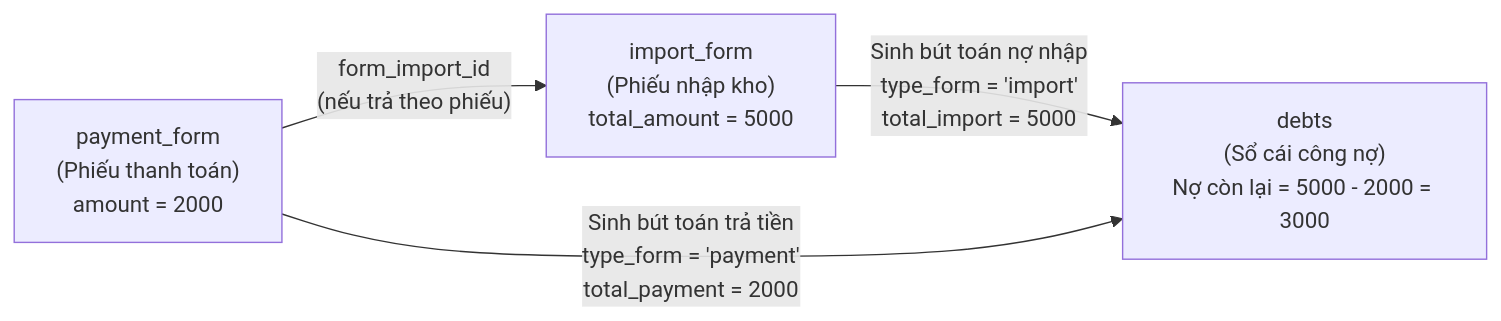
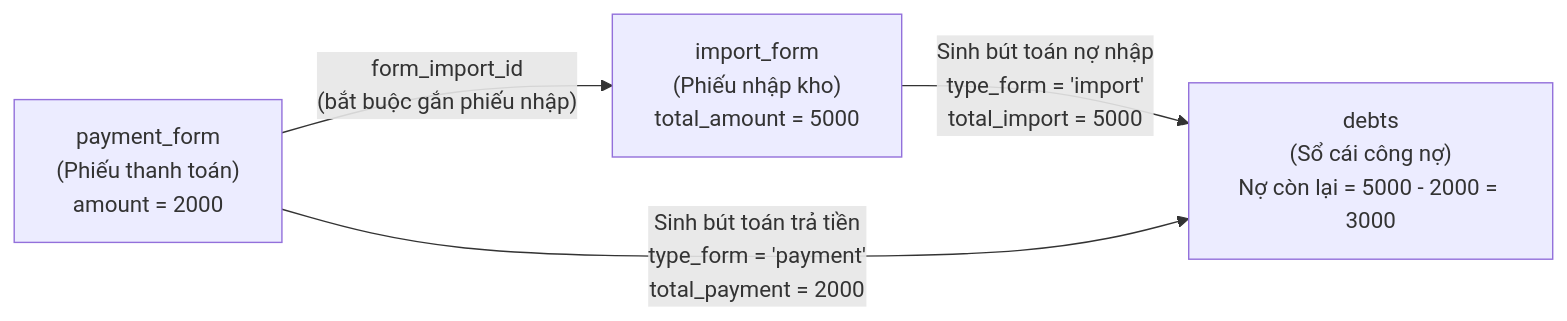
The third of 3 diagrams in md/LessonTwo/tu-duy-phan-tich-va-xay-dung-database.md (hungnm3112/Project-A), drawn with Mermaid before and after one commit. The commit also changed other lines of this file and 12 other files, not shown here.

First line of the commit message:
docs: cap nhat database payment_form va dong bo bo api module 01 02

````diff
--- a/md/LessonTwo/tu-duy-phan-tich-va-xay-dung-database.md
+++ b/md/LessonTwo/tu-duy-phan-tich-va-xay-dung-database.md
@@ -115,6 +115,6 @@
 ```mermaid
 flowchart LR
     IMP["import_form\n(Phiếu nhập kho)\ntotal_amount = 5000"] -->|"Sinh bút toán nợ nhập\ntype_form = 'import'\ntotal_import = 5000"| DEBT["debts\n(Sổ cái công nợ)\nNợ còn lại = 5000 - 2000 = 3000"]
-    PAY["payment_form\n(Phiếu thanh toán)\namount = 2000"] -->|"form_import_id\n(nếu trả theo phiếu)"| IMP
+    PAY["payment_form\n(Phiếu thanh toán)\namount = 2000"] -->|"form_import_id\n(bắt buộc gắn phiếu nhập)"| IMP
     PAY -->|"Sinh bút toán trả tiền\ntype_form = 'payment'\ntotal_payment = 2000"| DEBT
 ```
````
